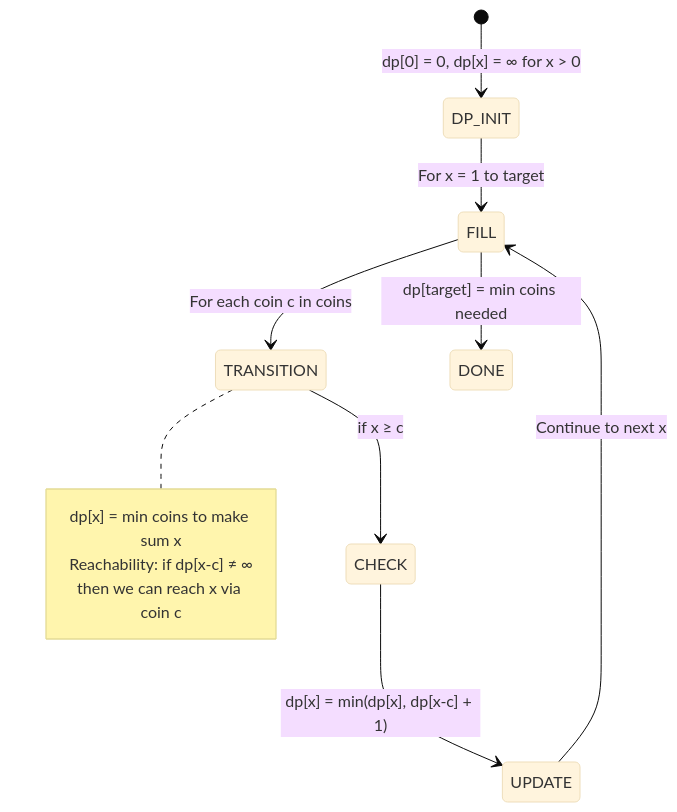
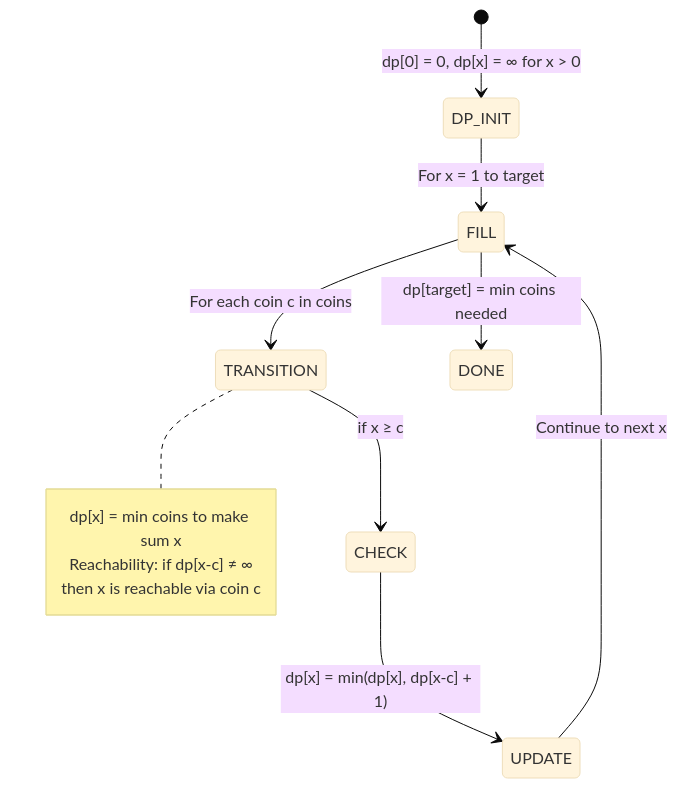
Diagram 11 of 33 in content/docs/books/algorithms/competitive-programming-internals.md (choisimo/document), drawn with Mermaid (base theme) before and after one commit. The commit also changed other lines of this file and 432 other files, not shown here.

````diff
--- a/content/docs/books/algorithms/competitive-programming-internals.md
+++ b/content/docs/books/algorithms/competitive-programming-internals.md
@@ -278,16 +279,16 @@
 ```mermaid
 stateDiagram-v2
     [*] --> DP_INIT: dp[0] = 0, dp[x] = ∞ for x > 0
     DP_INIT --> FILL: For x = 1 to target
     FILL --> TRANSITION: For each coin c in coins
     TRANSITION --> CHECK: if x ≥ c
     CHECK --> UPDATE: dp[x] = min(dp[x], dp[x-c] + 1)
     UPDATE --> FILL: Continue to next x
     FILL --> DONE: dp[target] = min coins needed
     
     note right of TRANSITION
         dp[x] = min coins to make sum x
         Reachability: if dp[x-c] ≠ ∞
-        then we can reach x via coin c
+        then x is reachable via coin c
     end note
 ```
````
